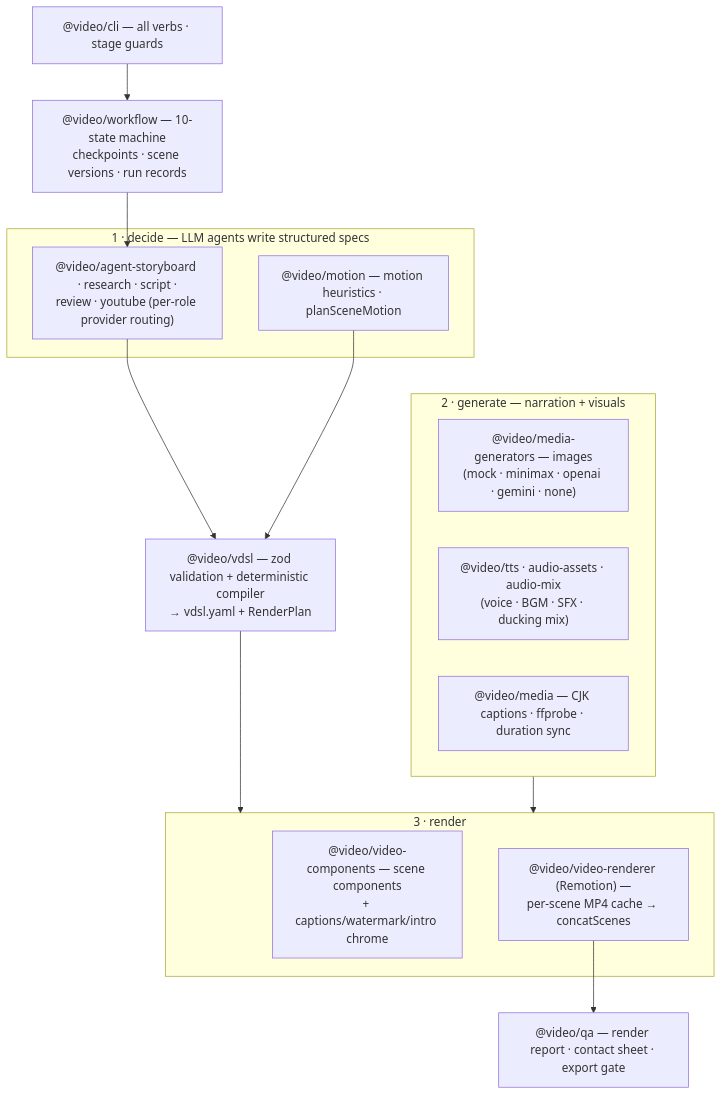
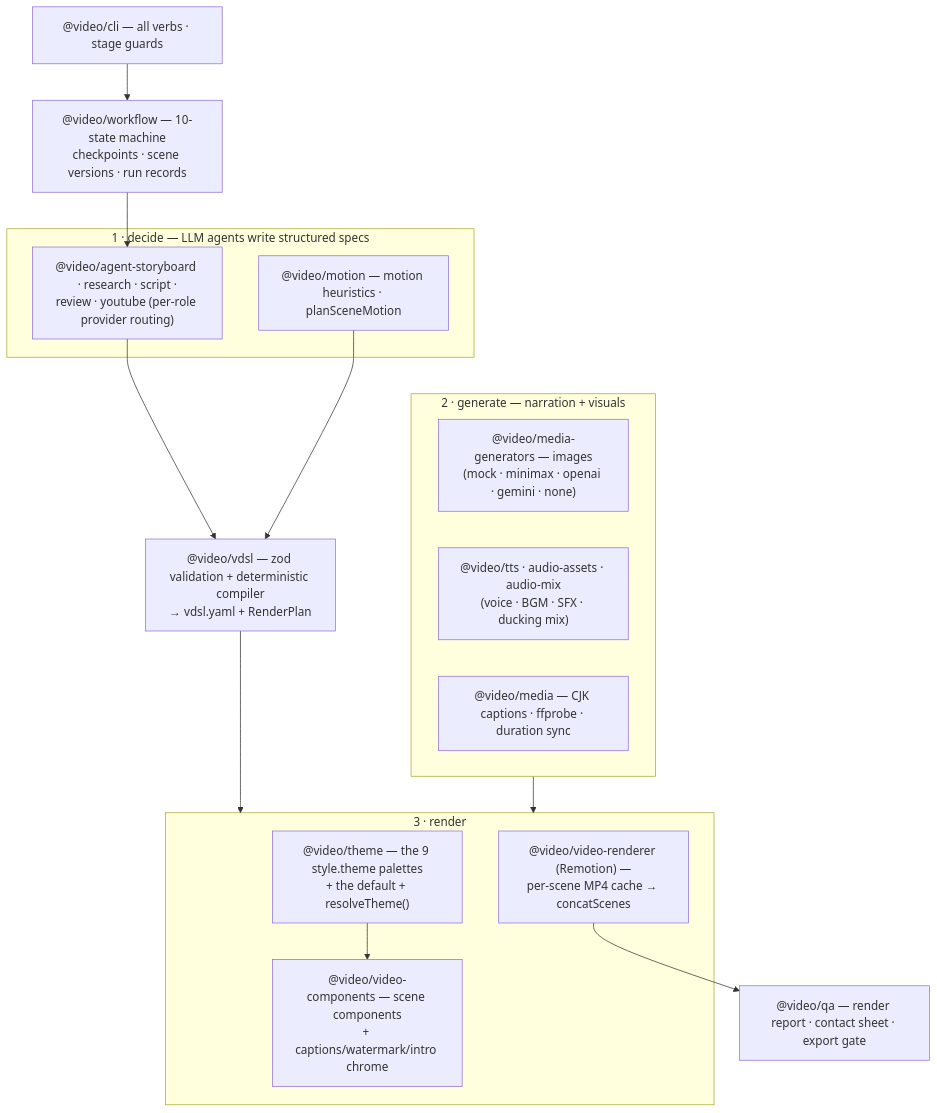
One commit to huangjien/ai-video-factory changed the second of 2 diagrams in docs/architecture.md. Above: the diagram before and after it, drawn with Mermaid. The commit also changed other lines of this file and 9 other files, not shown here.

First line of the commit message:
docs: sync README, architecture and the install guides to the current tree

````diff
--- a/docs/architecture.md
+++ b/docs/architecture.md
@@ -90,33 +90,35 @@
 ```mermaid
 flowchart TD
     cli["@video/cli — all verbs · stage guards"]
     wf["@video/workflow — 10-state machine<br/>checkpoints · scene versions · run records"]
 
     subgraph decideG["1 · decide — LLM agents write structured specs"]
         agentPkgs["@video/agent-storyboard · research · script ·<br/>review · youtube (per-role provider routing)"]
         motionPkg["@video/motion — motion heuristics · planSceneMotion"]
     end
 
     vdsl["@video/vdsl — zod validation + deterministic compiler<br/>→ vdsl.yaml + RenderPlan"]
 
     subgraph assetsG["2 · generate — narration + visuals"]
         mediaGenPkg["@video/media-generators — images<br/>(mock · minimax · openai · gemini · none)"]
         audioPkgs["@video/tts · audio-assets · audio-mix<br/>(voice · BGM · SFX · ducking mix)"]
         mediaPkg["@video/media — CJK captions · ffprobe · duration sync"]
     end
 
     subgraph renderG["3 · render"]
+        themePkg["@video/theme — the 9 style.theme palettes<br/>+ the default + resolveTheme()"]
         componentsPkg["@video/video-components — scene components<br/>+ captions/watermark/intro chrome"]
         rendererPkg["@video/video-renderer (Remotion) —<br/>per-scene MP4 cache → concatScenes"]
     end
 
     qaPkg["@video/qa — render report · contact sheet · export gate"]
 
     cli --> wf
     wf --> agentPkgs
     agentPkgs --> vdsl
     motionPkg --> vdsl
     vdsl --> renderG
+    themePkg --> componentsPkg
     assetsG --> renderG
     rendererPkg --> qaPkg
 ```
````
